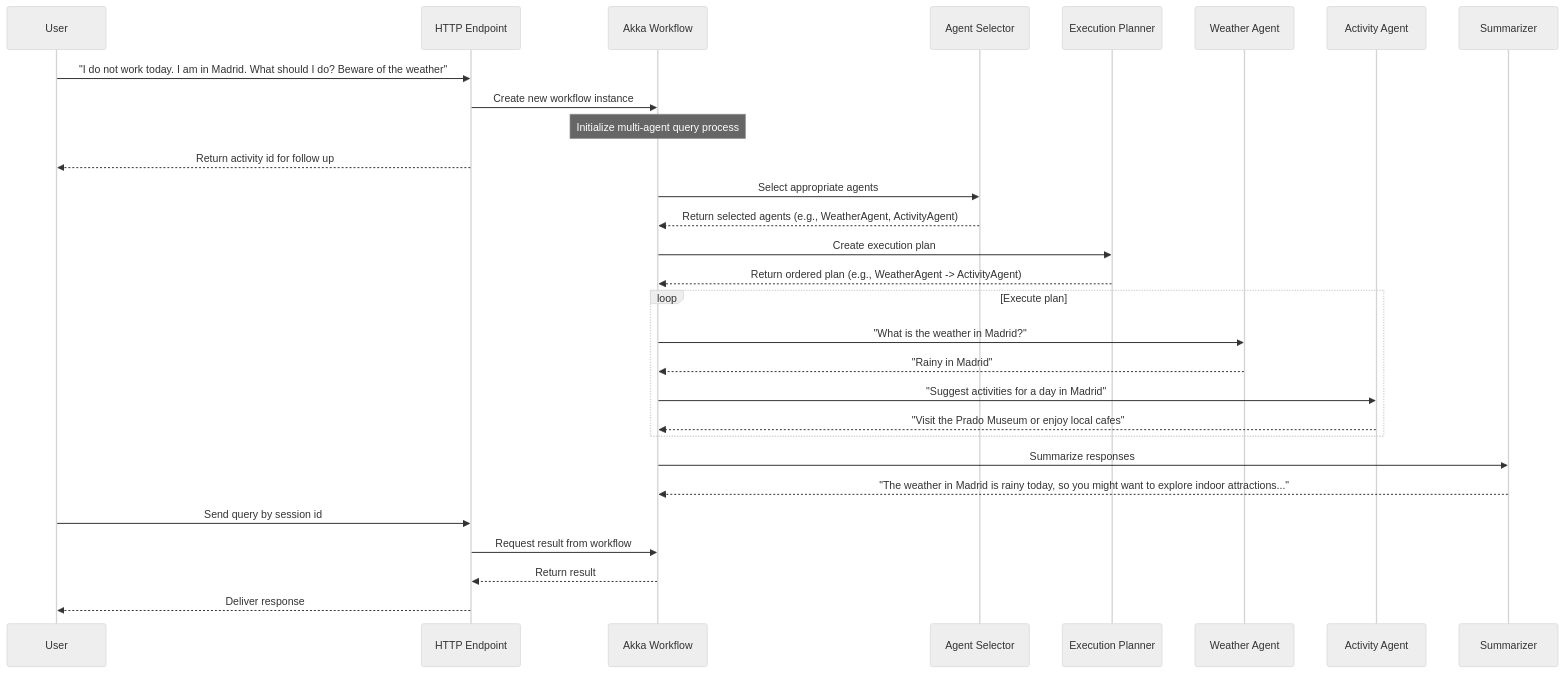
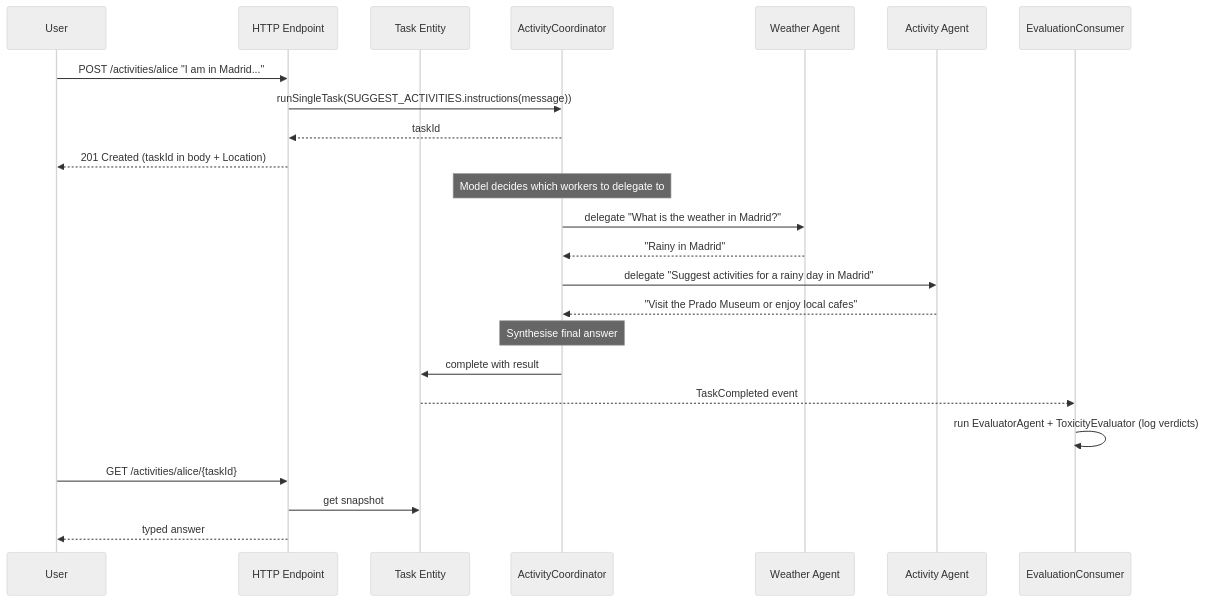
One commit to akka/akka-sdk changed the diagram in samples/multi-agent/README.md. Above: the diagram before and after it, drawn with Mermaid (neutral theme). The commit also changed other lines of this file and 45 other files, not shown here.

First line of the commit message:
docs: Rewrite multi-agent orchestration docs, and multi-agent tutorial

````diff
--- a/samples/multi-agent/README.md
+++ b/samples/multi-agent/README.md
@@ -28,38 +32,33 @@
 ```mermaid
 sequenceDiagram
     participant User
     participant HTTPEndpoint as HTTP Endpoint
-    participant Workflow as Akka Workflow
-    participant Selector as Agent Selector
-    participant Planner as Execution Planner
+    participant Task as Task Entity
+    participant Coordinator as ActivityCoordinator
     participant WeatherAgent as Weather Agent
     participant ActivityAgent as Activity Agent
-    participant Summarizer as Summarizer
+    participant EvalConsumer as EvaluationConsumer
 
-    User->>HTTPEndpoint: "I do not work today. I am in Madrid. What should I do? Beware of the weather"
-    HTTPEndpoint->>Workflow: Create new workflow instance
-    Note over Workflow: Initialize multi-agent query process
-    HTTPEndpoint-->>User: Return activity id for follow up 
+    User->>HTTPEndpoint: POST /activities/alice "I am in Madrid..."
+    HTTPEndpoint->>Coordinator: runSingleTask(SUGGEST_ACTIVITIES.instructions(message))
+    Coordinator-->>HTTPEndpoint: taskId
+    HTTPEndpoint-->>User: 201 Created (taskId in body + Location)
 
-    Workflow->>Selector: Select appropriate agents
-    Selector-->>Workflow: Return selected agents (e.g., WeatherAgent, ActivityAgent)
+    Note over Coordinator: Model decides which workers to delegate to
 
-    Workflow->>Planner: Create execution plan
-    Planner-->>Workflow: Return ordered plan (e.g., WeatherAgent -> ActivityAgent)
+    Coordinator->>WeatherAgent: delegate "What is the weather in Madrid?"
+    WeatherAgent-->>Coordinator: "Rainy in Madrid"
 
-    loop Execute plan
-        Workflow->>WeatherAgent: "What is the weather in Madrid?"
-        WeatherAgent-->>Workflow: "Rainy in Madrid"
+    Coordinator->>ActivityAgent: delegate "Suggest activities for a rainy day in Madrid"
+    ActivityAgent-->>Coordinator: "Visit the Prado Museum or enjoy local cafes"
 
-        Workflow->>ActivityAgent: "Suggest activities for a day in Madrid"
-        ActivityAgent-->>Workflow: "Visit the Prado Museum or enjoy local cafes"
-    end
+    Note over Coordinator: Synthesise final answer
+    Coordinator->>Task: complete with result
 
-    Workflow->>Summarizer: Summarize responses
-    Summarizer-->>Workflow: "The weather in Madrid is rainy today, so you might want to explore indoor attractions..."
+    Task-->>EvalConsumer: TaskCompleted event
+    EvalConsumer->>EvalConsumer: run EvaluatorAgent + ToxicityEvaluator (log verdicts)
 
-    User->>HTTPEndpoint: Send query by session id
-    HTTPEndpoint->>Workflow: Request result from workflow
-    Workflow-->>HTTPEndpoint: Return result
-    HTTPEndpoint-->>User: Deliver response
+    User->>HTTPEndpoint: GET /activities/alice/{taskId}
+    HTTPEndpoint->>Task: get snapshot
+    HTTPEndpoint-->>User: typed answer
 ```
````
